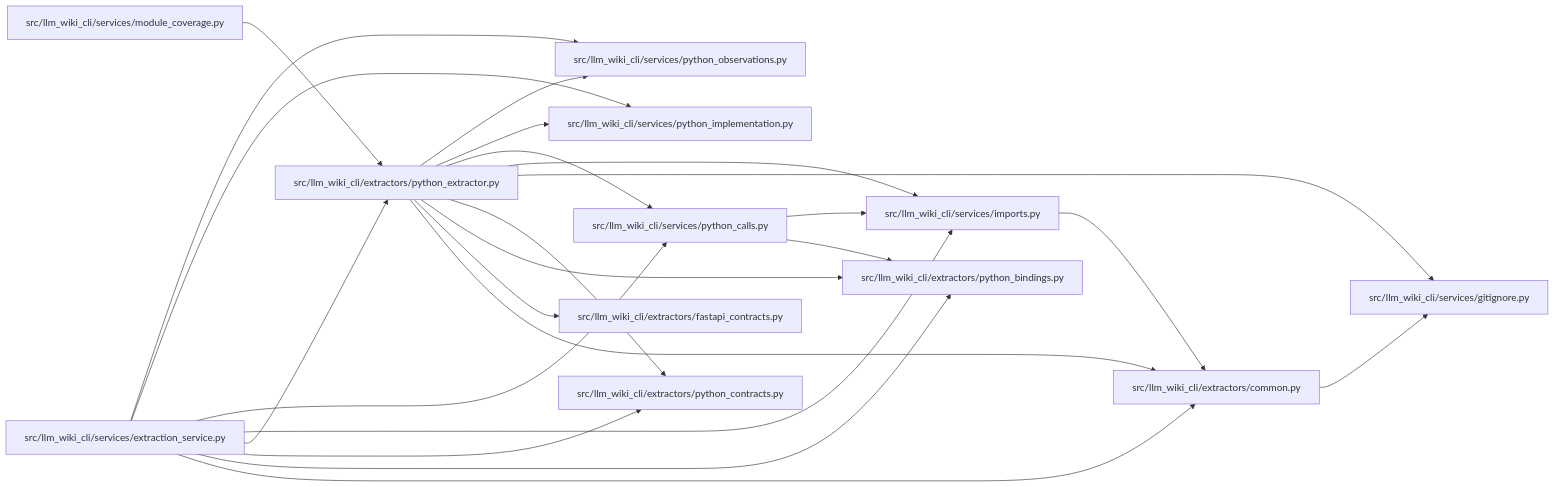
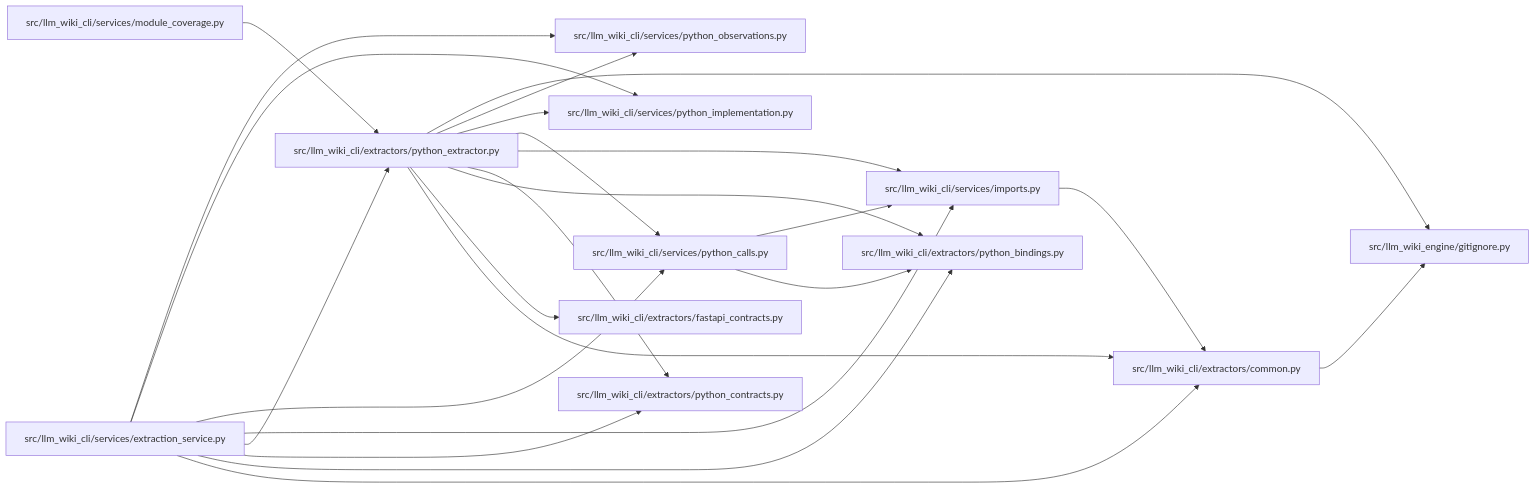
One commit to Denissvgn/python-wiki-llm changed the diagram in docs/llm_wiki/modules/python_extractor.md. Above: the diagram before and after it, drawn with Mermaid. The commit also changed other lines of this file and 739 other files, not shown here.

First line of the commit message:
docs: refresh the wiki for the second engine batch

````diff
--- a/docs/llm_wiki/modules/python_extractor.md
+++ b/docs/llm_wiki/modules/python_extractor.md
@@ -41,49 +41,49 @@
 ```mermaid
 flowchart LR
     n0["src/llm_wiki_cli/extractors/common.py"]
     n1["src/llm_wiki_cli/extractors/fastapi_contracts.py"]
     n2["src/llm_wiki_cli/extractors/python_bindings.py"]
     n3["src/llm_wiki_cli/extractors/python_contracts.py"]
     n4["src/llm_wiki_cli/extractors/python_extractor.py"]
     n5["src/llm_wiki_cli/services/extraction_service.py"]
-    n6["src/llm_wiki_cli/services/gitignore.py"]
-    n7["src/llm_wiki_cli/services/imports.py"]
-    n8["src/llm_wiki_cli/services/module_coverage.py"]
-    n9["src/llm_wiki_cli/services/python_calls.py"]
-    n10["src/llm_wiki_cli/services/python_implementation.py"]
-    n11["src/llm_wiki_cli/services/python_observations.py"]
-    n0 --> n6
+    n6["src/llm_wiki_cli/services/imports.py"]
+    n7["src/llm_wiki_cli/services/module_coverage.py"]
+    n8["src/llm_wiki_cli/services/python_calls.py"]
+    n9["src/llm_wiki_cli/services/python_implementation.py"]
+    n10["src/llm_wiki_cli/services/python_observations.py"]
+    n11["src/llm_wiki_engine/gitignore.py"]
+    n0 --> n11
     n4 --> n0
     n4 --> n1
     n4 --> n2
     n4 --> n3
     n4 --> n6
-    n4 --> n7
+    n4 --> n8
     n4 --> n9
     n4 --> n10
     n4 --> n11
     n5 --> n0
     n5 --> n2
     n5 --> n3
     n5 --> n4
-    n5 --> n7
+    n5 --> n6
+    n5 --> n8
     n5 --> n9
     n5 --> n10
-    n5 --> n11
-    n7 --> n0
-    n8 --> n4
-    n9 --> n2
-    n9 --> n7
+    n6 --> n0
+    n7 --> n4
+    n8 --> n2
+    n8 --> n6
     click n0 "../modules/common.md"
     click n1 "../modules/fastapi_contracts.md"
     click n2 "../modules/python_bindings.md"
     click n3 "../modules/python_contracts.md"
     click n4 "../modules/python_extractor.md"
     click n5 "../modules/extraction_service.md"
-    click n6 "../modules/gitignore.md"
-    click n7 "../modules/imports.md"
-    click n8 "../modules/module_coverage.md"
-    click n9 "../modules/python_calls.md"
-    click n10 "../modules/python_implementation.md"
-    click n11 "../modules/python_observations.md"
+    click n6 "../modules/imports.md"
+    click n7 "../modules/module_coverage.md"
+    click n8 "../modules/python_calls.md"
+    click n9 "../modules/python_implementation.md"
+    click n10 "../modules/python_observations.md"
+    click n11 "../modules/gitignore.md"
 ```
````
